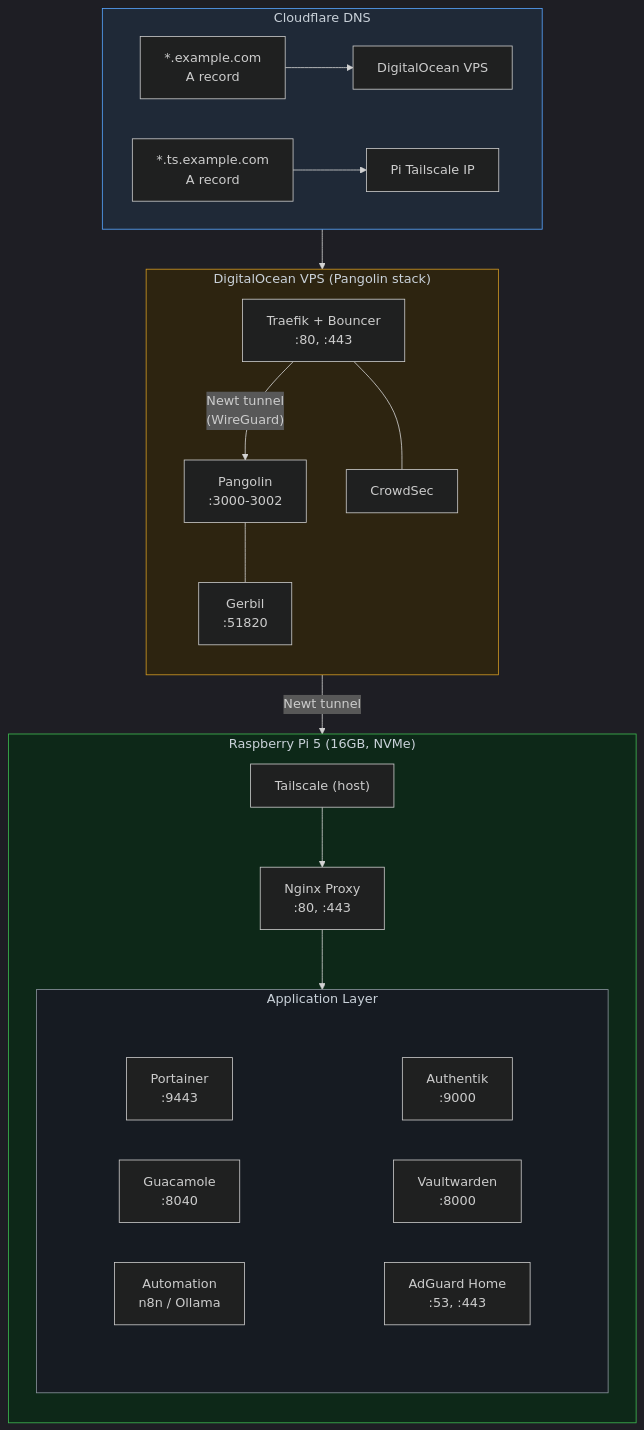
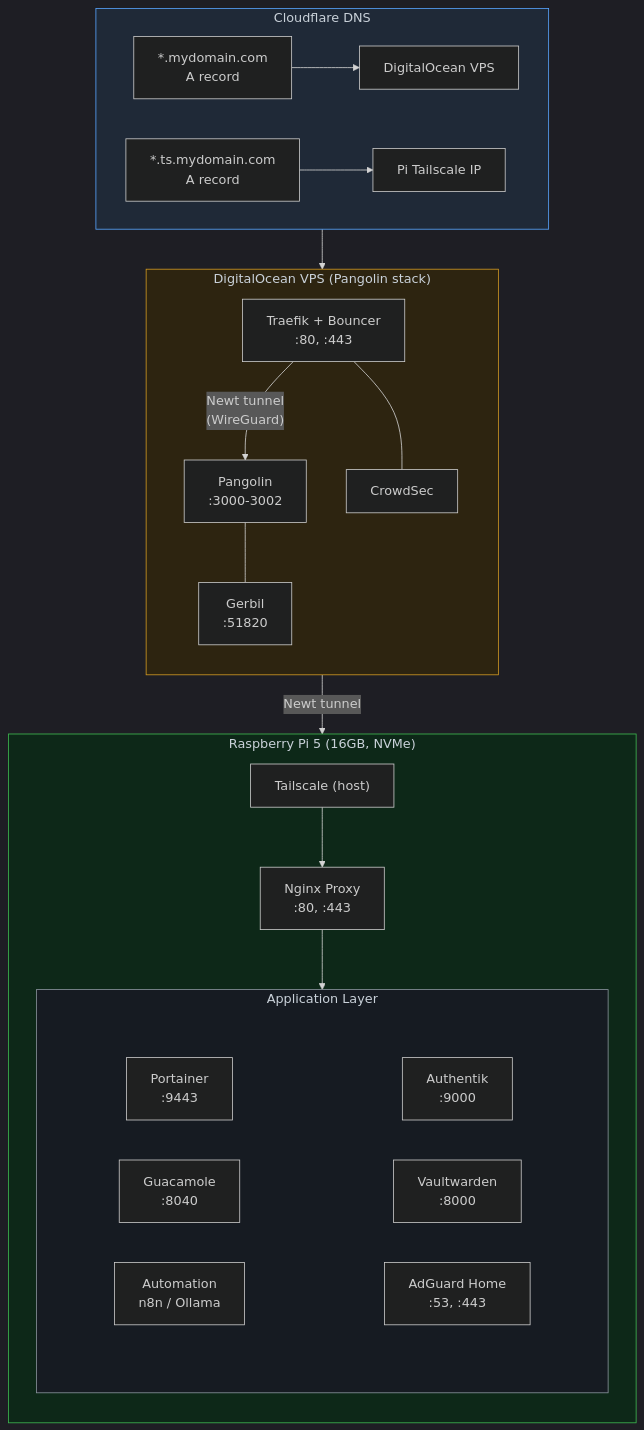
Before and after one commit to mluchettii/homelab: the diagram in README.md, drawn with Mermaid. The commit also changed other lines of this file and 2 other files, not shown here.

Commit message:
Fix README inconsistencies: domain format, diagram formatting, ntfy path

````diff
--- a/README.md
+++ b/README.md
@@ -9,49 +9,49 @@
 ```mermaid
 %%{init: {'theme': 'dark'}}%%
 flowchart TB
     subgraph DNS["Cloudflare DNS"]
         direction LR
-        A1["*.example.com<br/>A record"] --> A2["DigitalOcean VPS"]
-        B1["*.ts.example.com<br/>A record"] --> B2["Pi Tailscale IP"]
+        A1["*.mydomain.com<br/>A record"] --> A2["DigitalOcean VPS"]
+        B1["*.ts.mydomain.com<br/>A record"] --> B2["Pi Tailscale IP"]
     end
     subgraph VPS["DigitalOcean VPS (Pangolin stack)"]
         direction TB
         Traefik["Traefik + Bouncer<br/>:80, :443"]
         CrowdSec["CrowdSec"]
         Pangolin["Pangolin<br/>:3000-3002"]
         Gerbil["Gerbil<br/>:51820"]
         Traefik -- "Newt tunnel<br/>(WireGuard)" --> Pangolin
         Traefik --- CrowdSec
         Pangolin --- Gerbil
     end
     subgraph PI["Raspberry Pi 5 (16GB, NVMe)"]
         direction TB
         Tailscale["Tailscale (host)"]
         Nginx["Nginx Proxy<br/>:80, :443"]
         subgraph APP["Application Layer"]
             direction TB
             subgraph APPROW1[" "]
                 direction LR
                 Authentik["Authentik<br/>:9000"]
                 Vaultwarden["Vaultwarden<br/>:8000"]
                 AdGuard["AdGuard Home<br/>:53, :443"]
             end
             subgraph APPROW2[" "]
                 direction LR
                 Portainer["Portainer<br/>:9443"]
                 Guacamole["Guacamole<br/>:8040"]
                 Automation["Automation<br/>n8n / Ollama"]
             end
         end
         Tailscale --> Nginx
         Nginx --> APP
     end
     DNS --> VPS
     VPS -- "Newt tunnel" --> Nginx
     style DNS fill:#1f2937,stroke:#58a6ff,stroke-width:1px,color:#c9d1d9
     style VPS fill:#2d2410,stroke:#d29922,stroke-width:1px,color:#c9d1d9
     style PI fill:#0d2818,stroke:#3fb950,stroke-width:1px,color:#c9d1d9
     style APP fill:#161b22,stroke:#8b949e,stroke-width:1px,color:#c9d1d9
     style APPROW1 fill:none,stroke:none
     style APPROW2 fill:none,stroke:none
 ```
````
